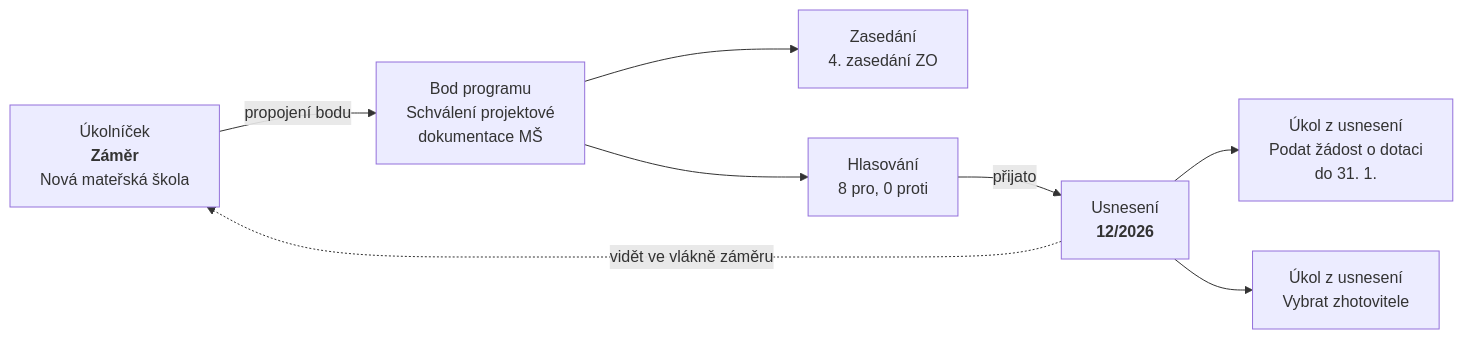
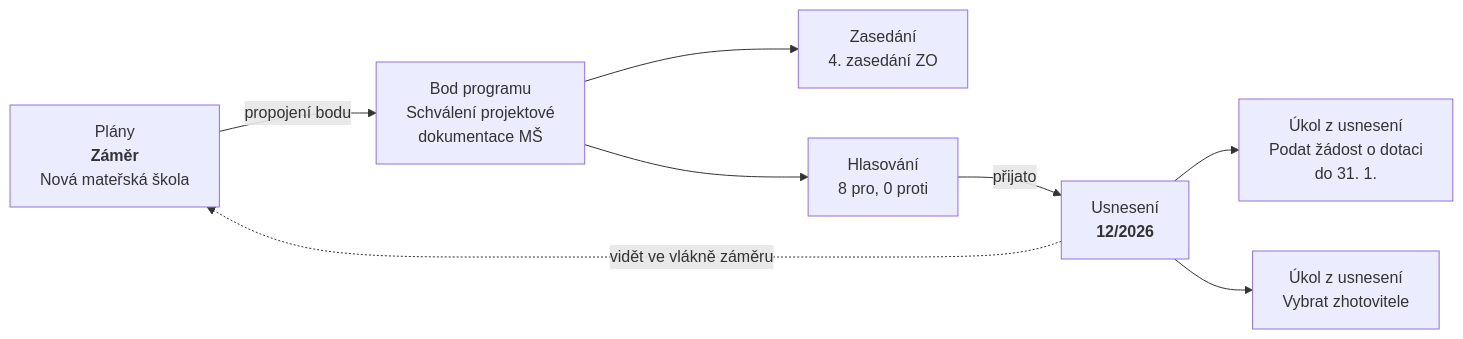
One commit to 731mat/konsel changed the first of 3 diagrams in doc/wiki/03-moduly-a-propojeni.md. Above: the diagram before and after it, drawn with Mermaid. The commit also changed other lines of this file and 68 other files, not shown here.

````diff
--- a/doc/wiki/03-moduly-a-propojeni.md
+++ b/doc/wiki/03-moduly-a-propojeni.md
@@ -20,10 +20,10 @@
 ```mermaid
 flowchart LR
-    P["Úkolníček<br/><b>Záměr</b><br/>Nová mateřská škola"] -->|propojení bodu| AI["Bod programu<br/>Schválení projektové<br/>dokumentace MŠ"]
+    P["Plány<br/><b>Záměr</b><br/>Nová mateřská škola"] -->|propojení bodu| AI["Bod programu<br/>Schválení projektové<br/>dokumentace MŠ"]
     AI --> M["Zasedání<br/>4. zasedání ZO"]
     AI --> V["Hlasování<br/>8 pro, 0 proti"]
     V -->|přijato| R["Usnesení<br/><b>12/2026</b>"]
     R --> T1["Úkol z usnesení<br/>Podat žádost o dotaci<br/>do 31. 1."]
     R --> T2["Úkol z usnesení<br/>Vybrat zhotovitele"]
     R -.->|vidět ve vlákně záměru| P
 ```
````
